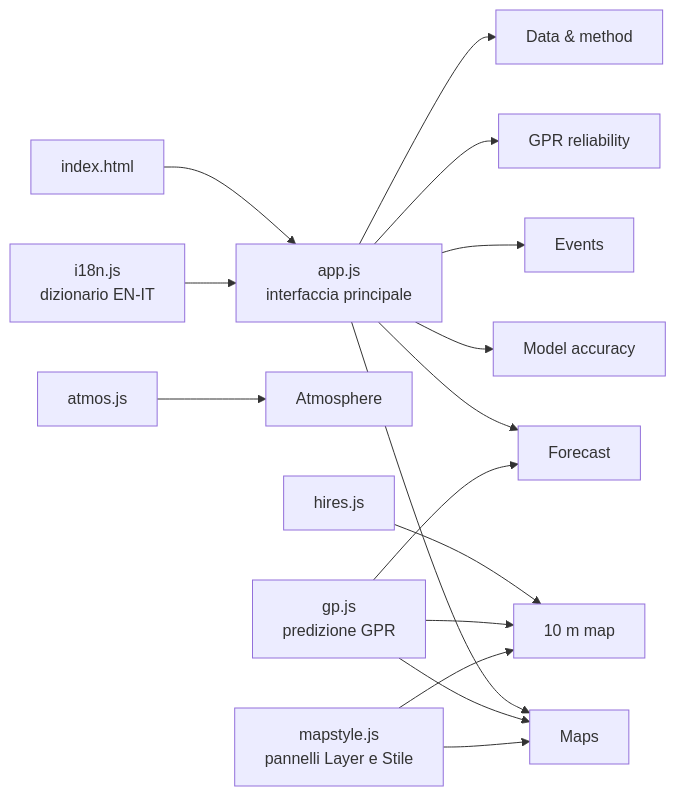
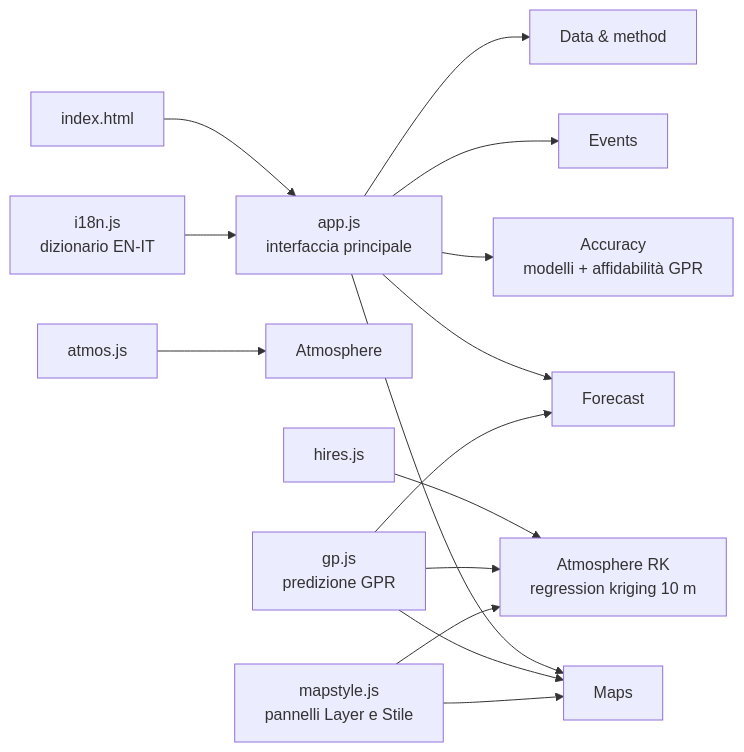
Before and after one commit to francescorossi3/prognostica: the third of 5 diagrams in docs/COME_FUNZIONA.md, drawn with Mermaid. The commit also changed other lines of this file and 2 other files, not shown here.

First line of the commit message:
docs, CLAUDE.md: nuove schede (Accuracy, Atmosphere RK) e validazione RK

````diff
--- a/docs/COME_FUNZIONA.md
+++ b/docs/COME_FUNZIONA.md
@@ -56,18 +56,17 @@
 ```mermaid
 flowchart LR
   idx[index.html] --> app[app.js<br>interfaccia principale]
   app --> F[Forecast]
   app --> M[Maps]
-  app --> R[Model accuracy]
+  app --> R[Accuracy<br>modelli + affidabilità GPR]
   app --> E[Events]
-  app --> V[GPR reliability]
   app --> DM[Data & method]
   atm[atmos.js] --> A[Atmosphere]
-  hr[hires.js] --> H[10 m map]
+  hr[hires.js] --> H[Atmosphere RK<br>regression kriging 10 m]
   gp[gp.js<br>predizione GPR] --> F
   gp --> M
   gp --> H
   i18n[i18n.js<br>dizionario EN-IT] --> app
   ms[mapstyle.js<br>pannelli Layer e Stile] --> M
   ms --> H
 ```
````
